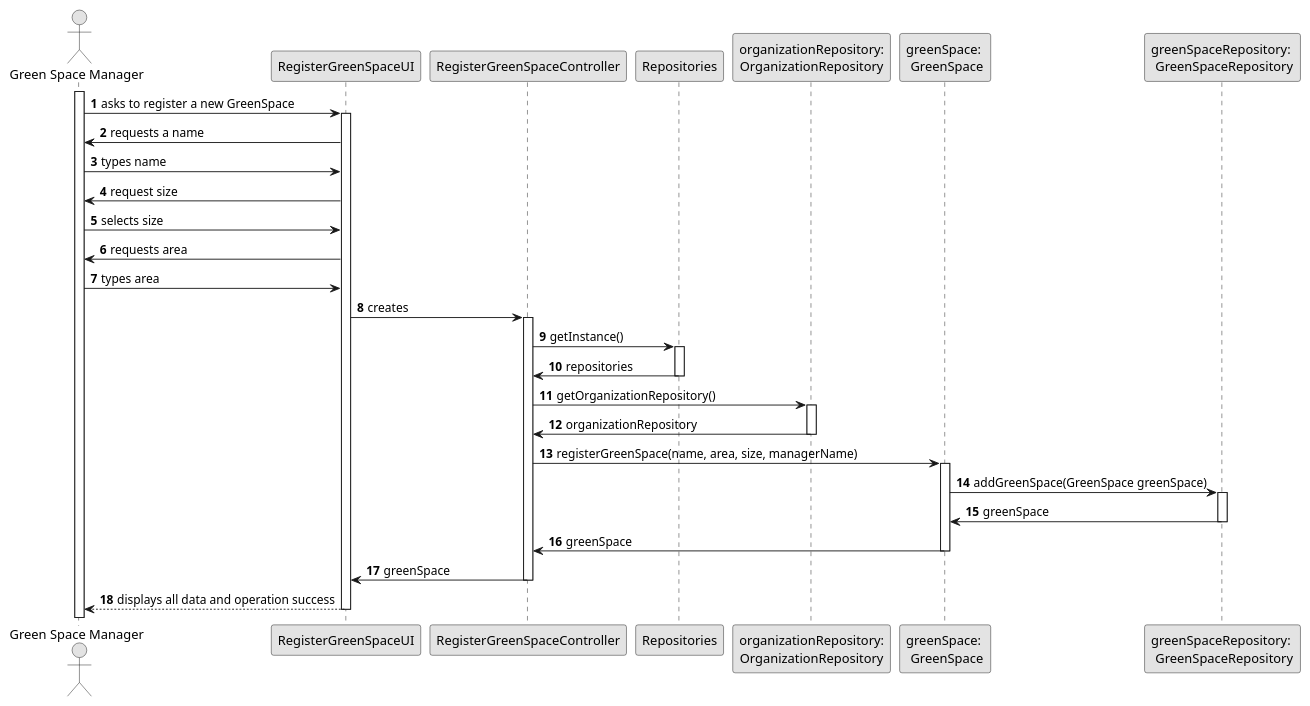
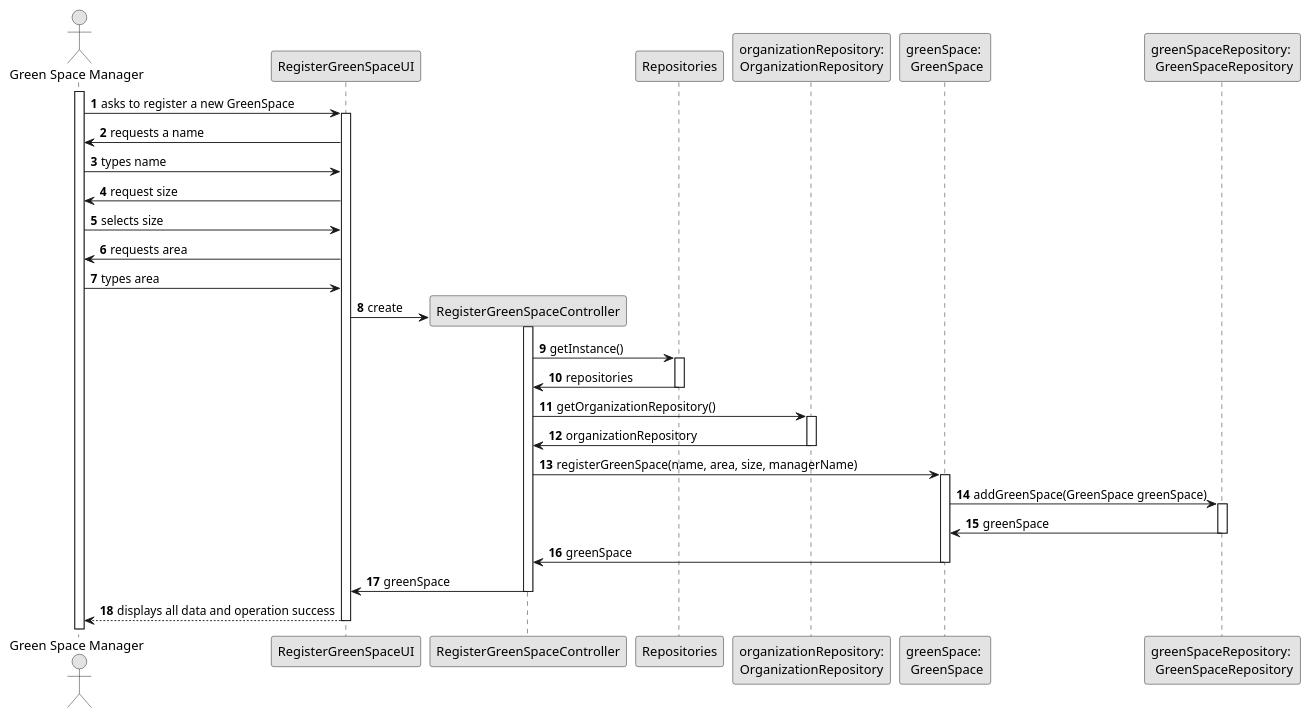
Before and after one commit to Departamento-de-Engenharia-Informatica/lei-24-s2-1df-1de-g063: the diagram in docs/SprintC/us020/03.design/puml/us020-sequence-diagram-full.puml, drawn with PlantUML. The commit also changed 8 other files, not shown here.

```diff
--- a/docs/SprintC/us020/03.design/puml/us020-sequence-diagram-full.puml
+++ b/docs/SprintC/us020/03.design/puml/us020-sequence-diagram-full.puml
@@ -1,74 +1,74 @@
 @startuml
 skinparam monochrome true
 skinparam packageStyle rectangle
 skinparam shadowing false
 
 autonumber
 
 'hide footbox
 actor "Green Space Manager" as GSM
 participant "RegisterGreenSpaceUI" as UI
 participant "RegisterGreenSpaceController" as CTRL
 participant "Repositories" as Rep
 participant "organizationRepository:\nOrganizationRepository" as organizationRepository
 participant "greenSpace: \n GreenSpace" as GreenSpace
 participant "greenSpaceRepository: \n GreenSpaceRepository" as GreenSpaceRep
 
 activate GSM
 
      GSM -> UI : asks to register a new GreenSpace
 
      activate UI
 
             UI -> GSM : requests a name
             GSM -> UI : types name
             UI -> GSM : request size
             GSM -> UI : selects size
             UI -> GSM : requests area
             GSM -> UI : types area
-            UI -> CTRL : creates
+            UI -> CTRL** : create
 
 
      activate CTRL
 
             CTRL -> Rep : getInstance()
 
      activate Rep
 
             Rep -> CTRL : repositories
 
      deactivate Rep
 
             CTRL -> organizationRepository : getOrganizationRepository()
 
      activate organizationRepository
 
             organizationRepository -> CTRL : organizationRepository
 
      deactivate organizationRepository
 
             CTRL -> GreenSpace : registerGreenSpace(name, area, size, managerName)
 
      activate GreenSpace
 
             GreenSpace -> GreenSpaceRep : addGreenSpace(GreenSpace greenSpace)
 
      activate GreenSpaceRep
 
             GreenSpaceRep -> GreenSpace : greenSpace
 
      deactivate GreenSpaceRep
 
             GreenSpace -> CTRL : greenSpace
 
      deactivate GreenSpace
 
             CTRL -> UI : greenSpace
 
      deactivate CTRL
 
      UI --> GSM : displays all data and operation success
 
      deactivate UI
 
 @enduml
```
